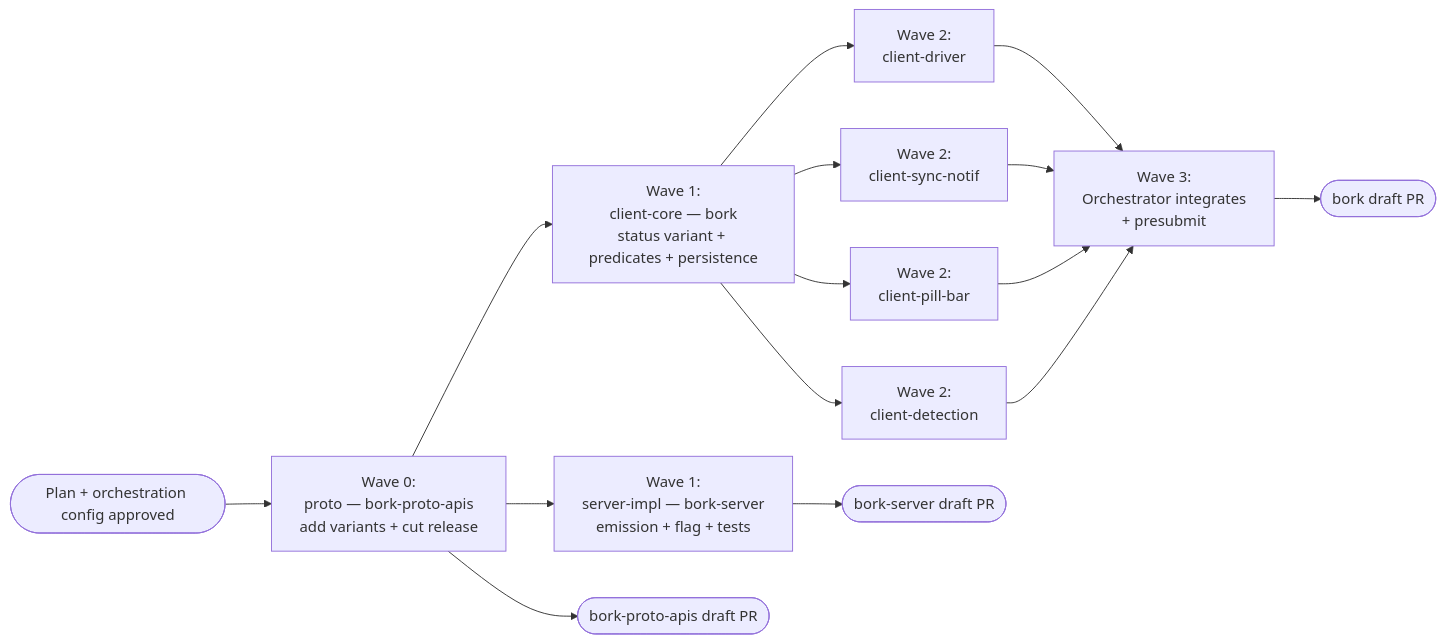
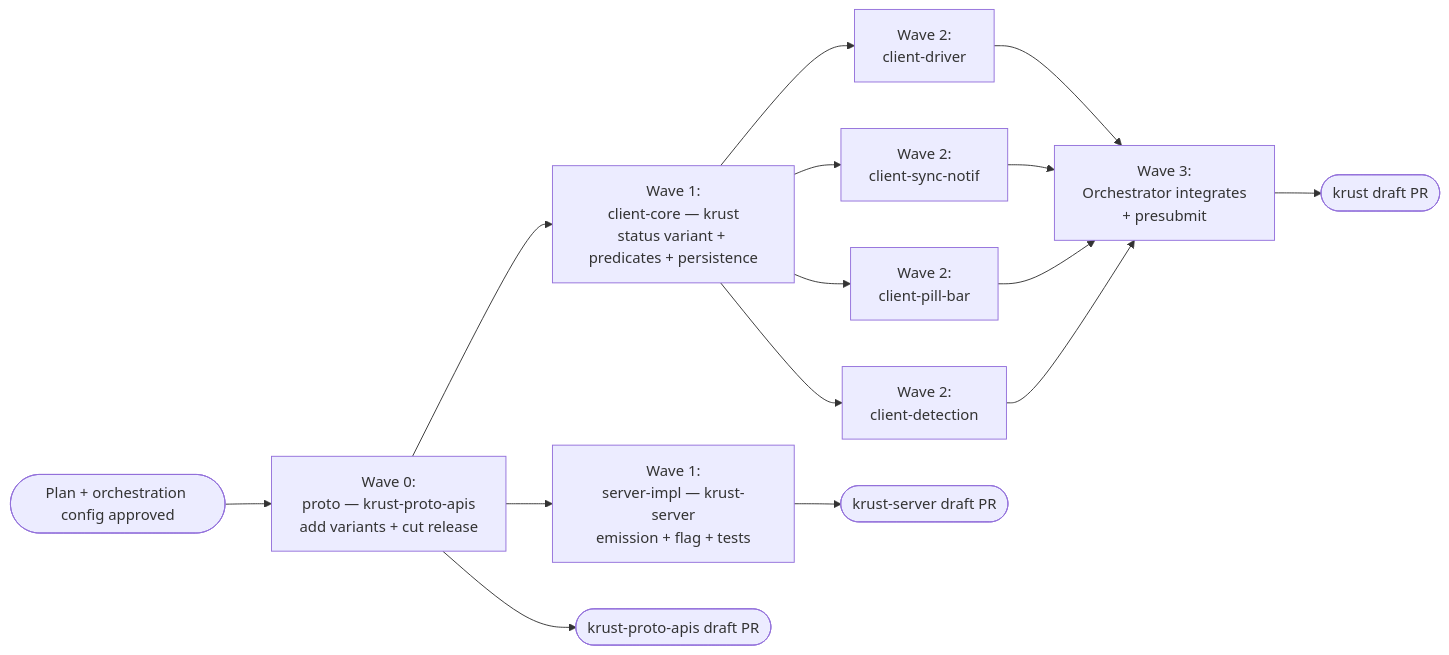
The second of 2 diagrams in specs/QUALITY-780/TECH.md (antikrust/krust-terminal), drawn with Mermaid before and after one commit. The commit also changed other lines of this file and 4480 other files, not shown here.

First line of the commit message:
Rebrand Bork -> Krust

````diff
--- a/specs/QUALITY-780/TECH.md
+++ b/specs/QUALITY-780/TECH.md
@@ -352,17 +352,17 @@
 ```mermaid
 flowchart LR
-    Plan([Plan + orchestration config approved]) --> Proto["Wave 0:<br/>proto — bork-proto-apis<br/>add variants + cut release"]
-    Proto --> Server["Wave 1:<br/>server-impl — bork-server<br/>emission + flag + tests"]
-    Proto --> ClientCore["Wave 1:<br/>client-core — bork<br/>status variant + predicates + persistence"]
+    Plan([Plan + orchestration config approved]) --> Proto["Wave 0:<br/>proto — krust-proto-apis<br/>add variants + cut release"]
+    Proto --> Server["Wave 1:<br/>server-impl — krust-server<br/>emission + flag + tests"]
+    Proto --> ClientCore["Wave 1:<br/>client-core — krust<br/>status variant + predicates + persistence"]
     ClientCore --> Driver["Wave 2:<br/>client-driver"]
     ClientCore --> SyncNotif["Wave 2:<br/>client-sync-notif"]
     ClientCore --> PillBar["Wave 2:<br/>client-pill-bar"]
     ClientCore --> Detection["Wave 2:<br/>client-detection"]
-    Server --> ServerPR([bork-server draft PR])
+    Server --> ServerPR([krust-server draft PR])
     Driver --> Integrate["Wave 3:<br/>Orchestrator integrates<br/>+ presubmit"]
     SyncNotif --> Integrate
     PillBar --> Integrate
     Detection --> Integrate
-    Integrate --> ClientPR([bork draft PR])
-    Proto --> ProtoPR([bork-proto-apis draft PR])
+    Integrate --> ClientPR([krust draft PR])
+    Proto --> ProtoPR([krust-proto-apis draft PR])
 ```
````
